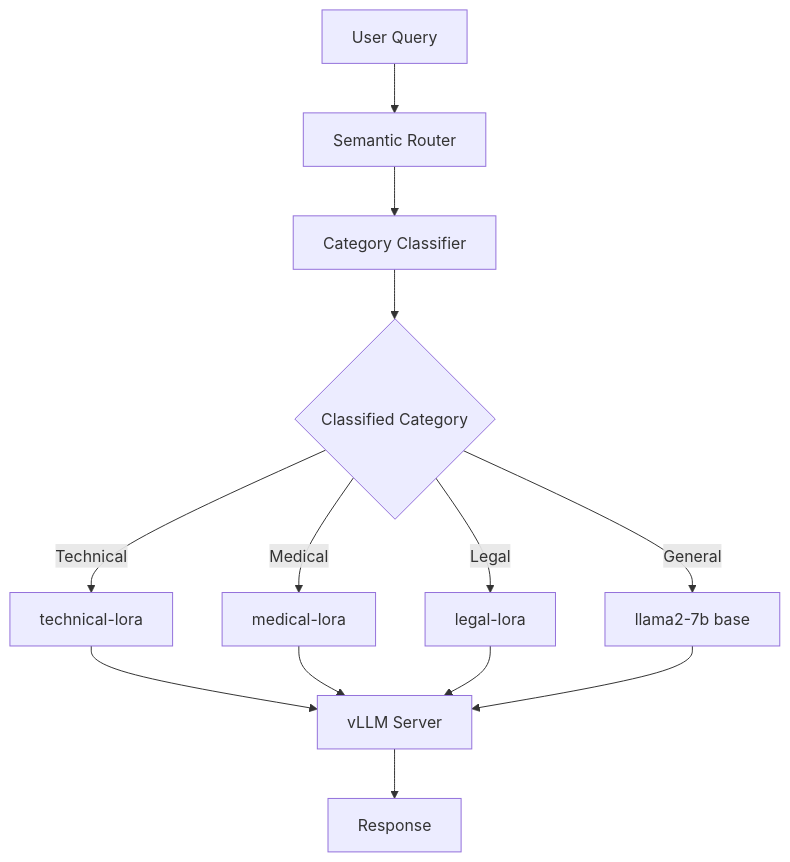
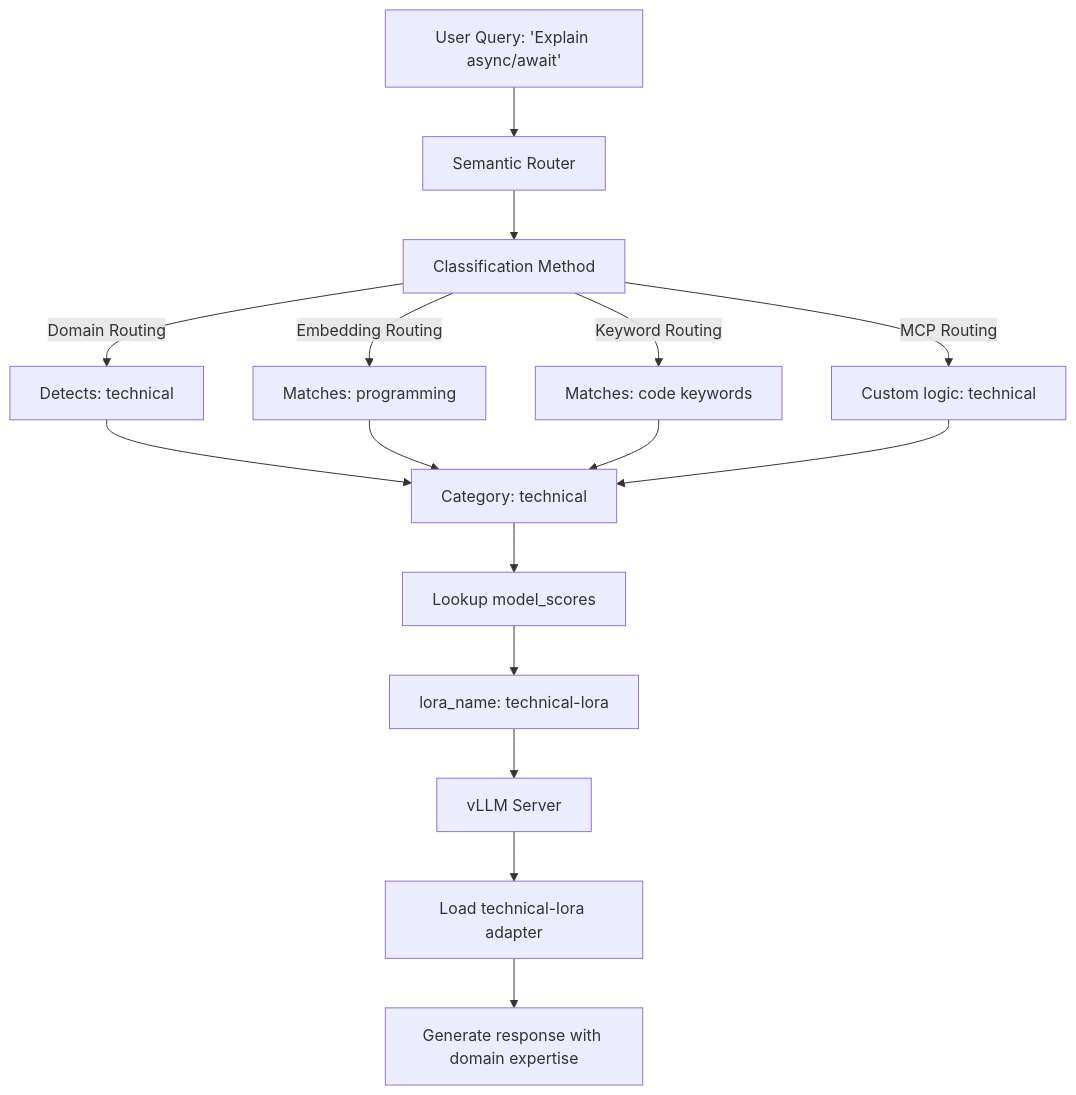
One commit to yuluo-yx/semantic-router changed the diagram in website/docs/tutorials/intelligent-route/lora-routing.md. Above: the diagram before and after it, drawn with Mermaid. The commit also changed other lines of this file and 7 other files, not shown here.

````diff
--- a/website/docs/tutorials/intelligent-route/lora-routing.md
+++ b/website/docs/tutorials/intelligent-route/lora-routing.md
@@ -118,18 +141,21 @@
 ```mermaid
 graph TB
-    A[User Query] --> B[Semantic Router]
-    B --> C[Category Classifier]
-    
-    C --> D{Classified Category}
-    D -->|Technical| E[technical-lora]
-    D -->|Medical| F[medical-lora]
-    D -->|Legal| G[legal-lora]
-    D -->|General| H[llama2-7b base]
-    
-    E --> I[vLLM Server]
-    F --> I
-    G --> I
-    H --> I
-    
-    I --> J[Response]
+    A[User Query: 'Explain async/await'] --> B[Semantic Router]
+    B --> C[Classification Method]
+    C --> |Domain Routing| D1[Detects: technical]
+    C --> |Embedding Routing| D2[Matches: programming]
+    C --> |Keyword Routing| D3[Matches: code keywords]
+    C --> |MCP Routing| D4[Custom logic: technical]
+
+    D1 --> E[Category: technical]
+    D2 --> E
+    D3 --> E
+    D4 --> E
+
+    E --> F[Lookup model_scores]
+    F --> G[lora_name: technical-lora]
+
+    G --> H[vLLM Server]
+    H --> I[Load technical-lora adapter]
+    I --> J[Generate response with domain expertise]
 ```
````
